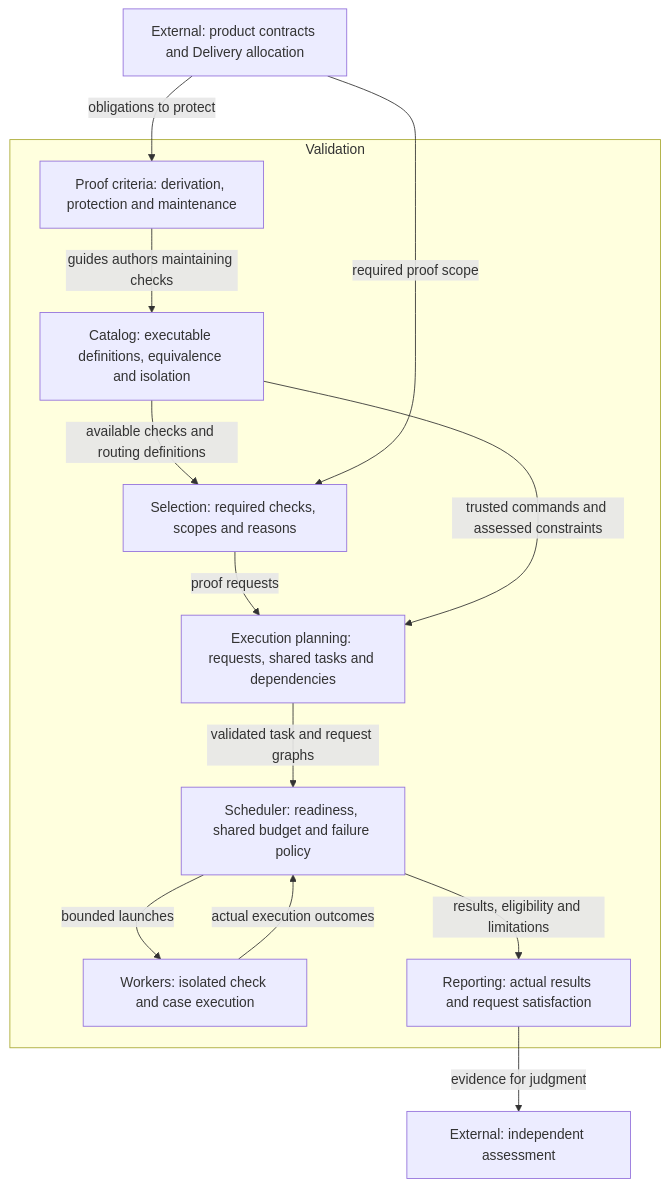
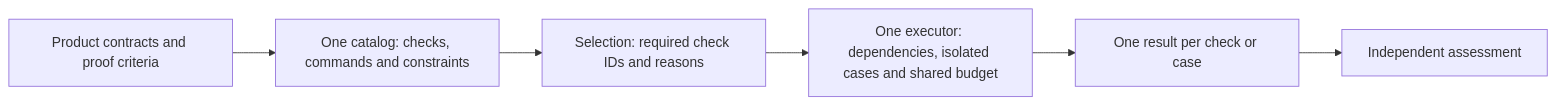
Before and after one commit to xiongxianfei/rigorloop: the first of 2 diagrams in docs/design/engineering/validation.md, drawn with Mermaid. The commit also changed other lines of this file and 2 other files, not shown here.

Commit message:
design: simplify validation to canonical checks and one executor

````diff
--- a/docs/design/engineering/validation.md
+++ b/docs/design/engineering/validation.md
@@ -88,24 +88,8 @@
 ```mermaid
-flowchart TB
-    Contracts["External: product contracts and Delivery allocation"]
-    subgraph Validation["Validation"]
-        Criteria["Proof criteria: derivation, protection and maintenance"]
-        Catalog["Catalog: executable definitions, equivalence and isolation"]
-        Selection["Selection: required checks, scopes and reasons"]
-        Planner["Execution planning: requests, shared tasks and dependencies"]
-        Scheduler["Scheduler: readiness, shared budget and failure policy"]
-        Workers["Workers: isolated check and case execution"]
-        Reporting["Reporting: actual results and request satisfaction"]
-        Criteria -->|"guides authors maintaining checks"| Catalog
-        Catalog -->|"available checks and routing definitions"| Selection
-        Selection -->|"proof requests"| Planner
-        Catalog -->|"trusted commands and assessed constraints"| Planner
-        Planner -->|"validated task and request graphs"| Scheduler
-        Scheduler -->|"bounded launches"| Workers
-        Workers -->|"actual execution outcomes"| Scheduler
-        Scheduler -->|"results, eligibility and limitations"| Reporting
-    end
-    Contracts -->|"required proof scope"| Selection
-    Contracts -->|"obligations to protect"| Criteria
-    Reporting -->|"evidence for judgment"| Assessment["External: independent assessment"]
+flowchart LR
+    Contracts["Product contracts and proof criteria"] --> Catalog["One catalog: checks, commands and constraints"]
+    Catalog --> Selection["Selection: required check IDs and reasons"]
+    Selection --> Executor["One executor: dependencies, isolated cases and shared budget"]
+    Executor --> Results["One result per check or case"]
+    Results --> Assessment["Independent assessment"]
 ```
````
